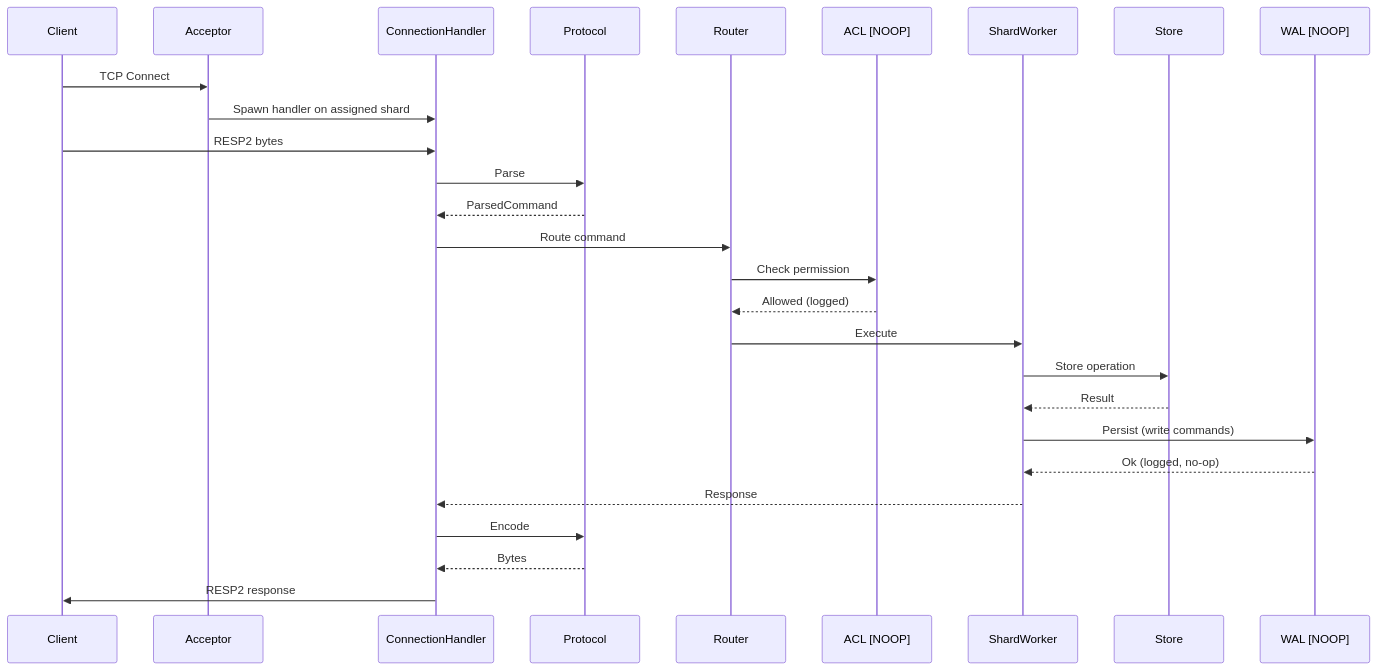
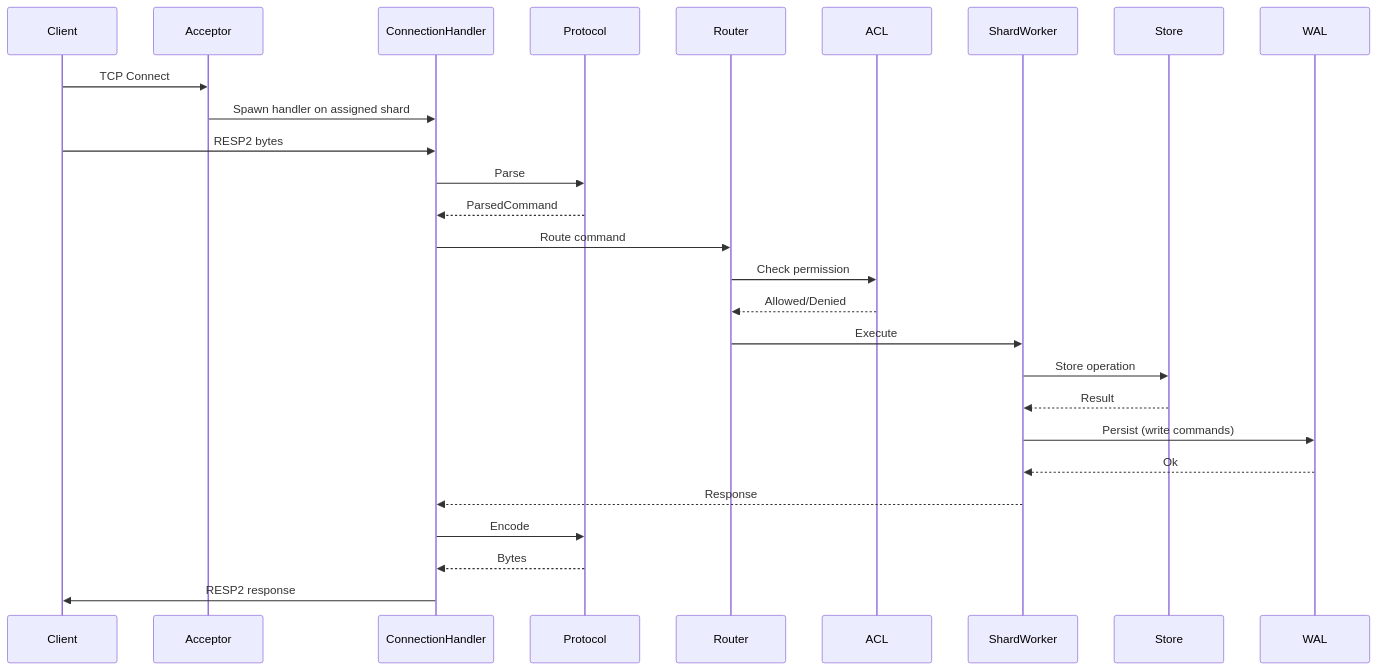
Before and after one commit to frogdb/frogdb: the second of 4 diagrams in spec/ARCHITECTURE.md, drawn with Mermaid. The commit also changed other lines of this file and 13 other files, not shown here.

````diff
--- a/spec/ARCHITECTURE.md
+++ b/spec/ARCHITECTURE.md
@@ -183,30 +181,30 @@
 ```mermaid
 sequenceDiagram
     participant C as Client
     participant A as Acceptor
     participant H as ConnectionHandler
     participant P as Protocol
     participant R as Router
-    participant ACL as ACL [NOOP]
+    participant ACL as ACL
     participant W as ShardWorker
     participant S as Store
-    participant WAL as WAL [NOOP]
+    participant WAL as WAL
 
     C->>A: TCP Connect
     A->>H: Spawn handler on assigned shard
     C->>H: RESP2 bytes
     H->>P: Parse
     P-->>H: ParsedCommand
     H->>R: Route command
     R->>ACL: Check permission
-    ACL-->>R: Allowed (logged)
+    ACL-->>R: Allowed/Denied
     R->>W: Execute
     W->>S: Store operation
     S-->>W: Result
     W->>WAL: Persist (write commands)
-    WAL-->>W: Ok (logged, no-op)
+    WAL-->>W: Ok
     W-->>H: Response
     H->>P: Encode
     P-->>H: Bytes
     H->>C: RESP2 response
 ```
````
